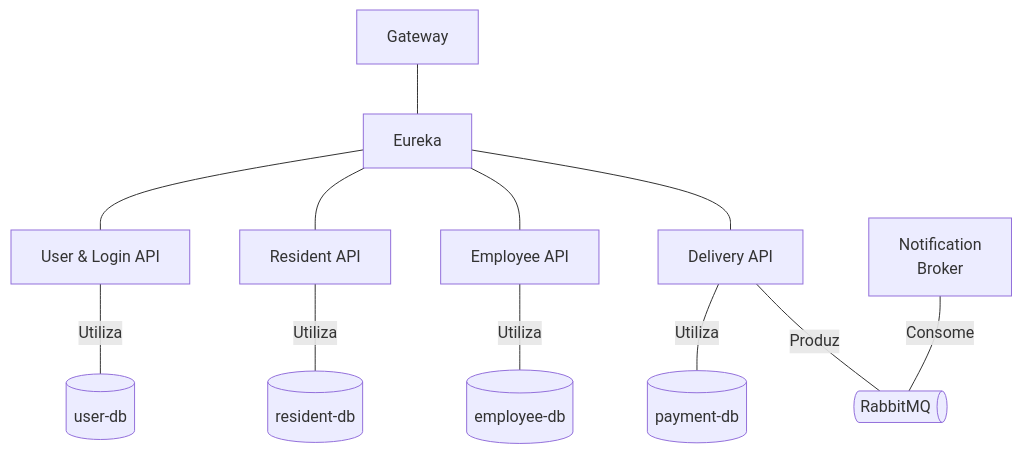
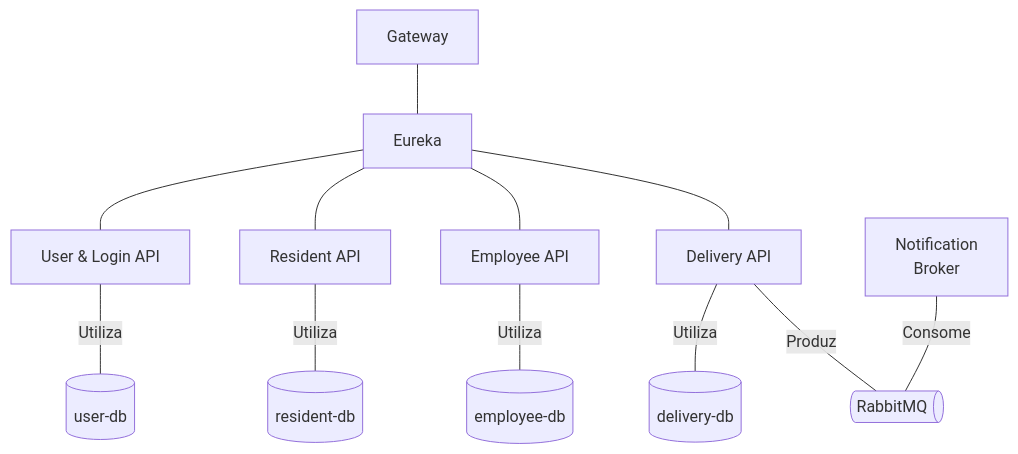
The first of 6 diagrams in README.md (rafael-fernandes-pereira/pos-tech-challenge-substitutiva), drawn with Mermaid before and after one commit. The commit also changed other lines of this file and 1 other file, not shown here.

````diff
--- a/README.md
+++ b/README.md
@@ -100,29 +100,29 @@
 ```mermaid
 graph TD
     Eureka[Eureka]
     Gateway[Gateway]
     
     UserAPI[User & Login API]
     ResidentAPI[Resident API]
     EmployeeAPI[Employee API]
     DeliveryAPI[Delivery API]
     NotificationBroker[Notification
     Broker]
 
     
     DB_UserAPI[(user-db)]
     DB_ResidentAPI[(resident-db)]
     DB_EmployeeAPI[(employee-db)]
-    DB_DeliveryAPI[(payment-db)]
+    DB_DeliveryAPI[(delivery-db)]
     RabbitMQ@{ shape: das, label: "RabbitMQ" }
     
 
     Gateway --- Eureka
     Eureka --- UserAPI ---|Utiliza| DB_UserAPI
     Eureka --- ResidentAPI ---|Utiliza| DB_ResidentAPI
     Eureka --- EmployeeAPI ---|Utiliza| DB_EmployeeAPI
     Eureka --- DeliveryAPI ---|Utiliza| DB_DeliveryAPI
 
     DeliveryAPI --- |Produz | RabbitMQ
     NotificationBroker --- |Consome | RabbitMQ
 ```
````
